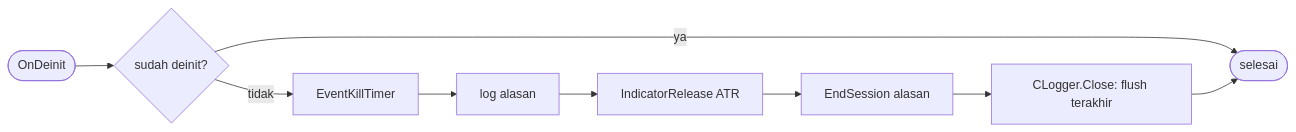
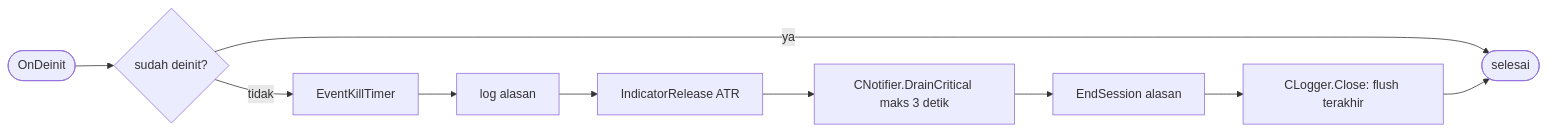
The second of 2 diagrams in sdbot/docs/flows/init.md (ndra969/trading-bot), drawn with Mermaid before and after one commit. The commit also changed other lines of this file and 49 other files, not shown here.

````diff
--- a/sdbot/docs/flows/init.md
+++ b/sdbot/docs/flows/init.md
@@ -28,6 +31,6 @@
 ```mermaid
 flowchart LR
     D([OnDeinit]) --> X{sudah deinit?}
     X -->|ya| Z([selesai])
-    X -->|tidak| K[EventKillTimer] --> L[log alasan] --> I[IndicatorRelease ATR] --> ES[EndSession alasan] --> C[CLogger.Close: flush terakhir] --> Z
+    X -->|tidak| K[EventKillTimer] --> L[log alasan] --> I[IndicatorRelease ATR] --> DR[CNotifier.DrainCritical maks 3 detik] --> ES[EndSession alasan] --> C[CLogger.Close: flush terakhir] --> Z
 ```
````
